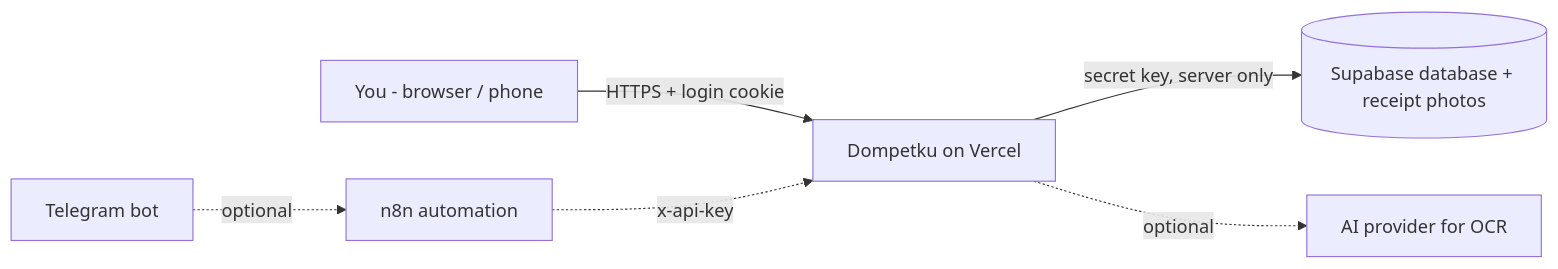
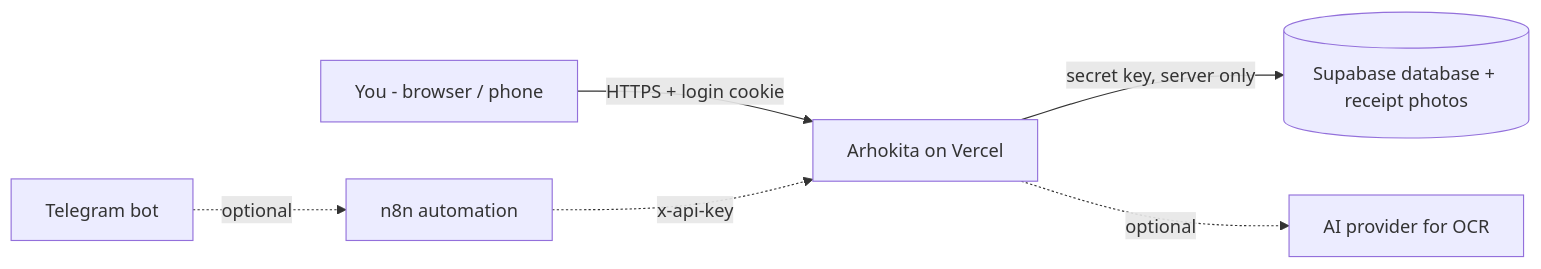
The diagram in docs/SELF-HOSTING.md (asetkomo/ArthoKita), drawn with Mermaid before and after one commit. The commit also changed other lines of this file and 66 other files, not shown here.

````diff
--- a/docs/SELF-HOSTING.md
+++ b/docs/SELF-HOSTING.md
@@ -32,7 +32,7 @@
 ```mermaid
 flowchart LR
-  You[You - browser / phone] -->|HTTPS + login cookie| Vercel[Dompetku on Vercel]
+  You[You - browser / phone] -->|HTTPS + login cookie| Vercel[Arhokita on Vercel]
   Vercel -->|secret key, server only| Supabase[(Supabase database + receipt photos)]
   Telegram[Telegram bot] -.optional.-> n8n[n8n automation] -.x-api-key.-> Vercel
   Vercel -.optional.-> AI[AI provider for OCR]
 ```
````
